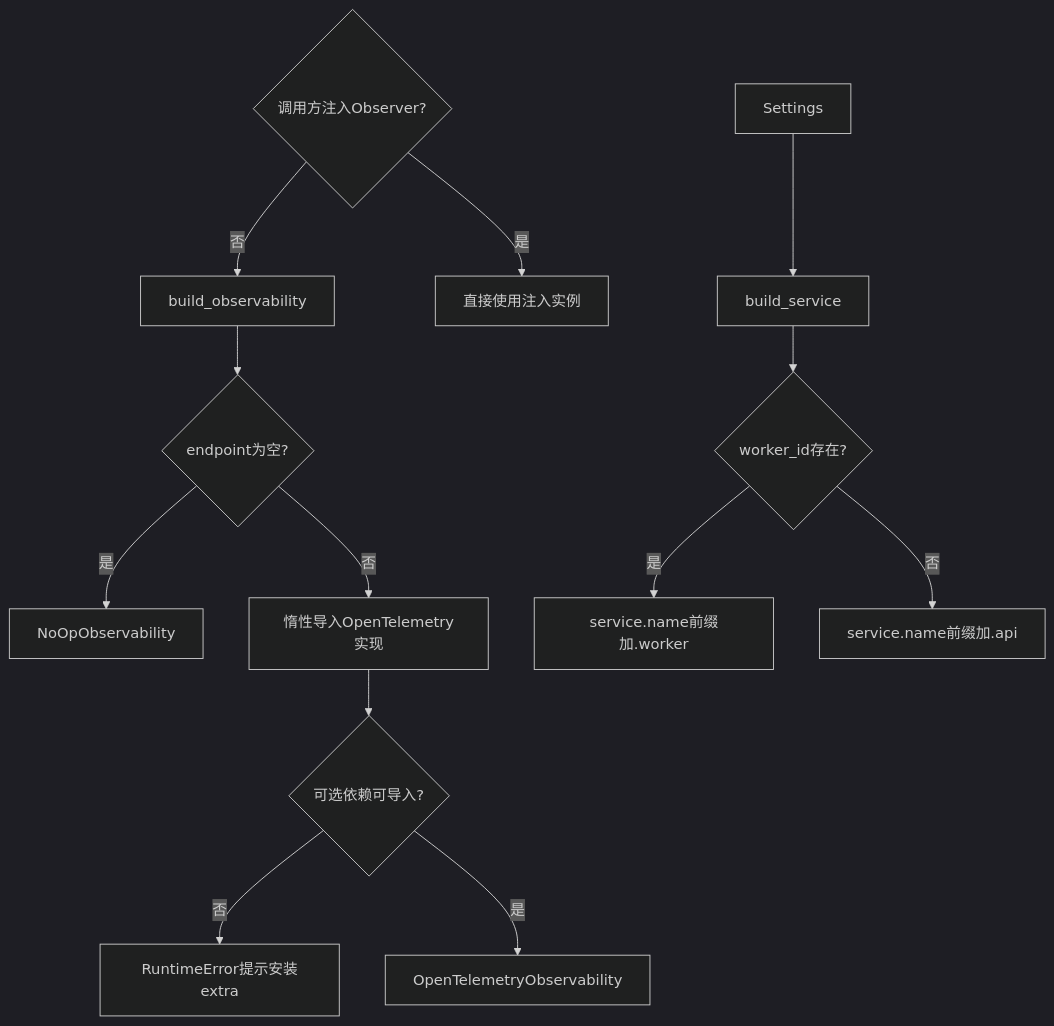
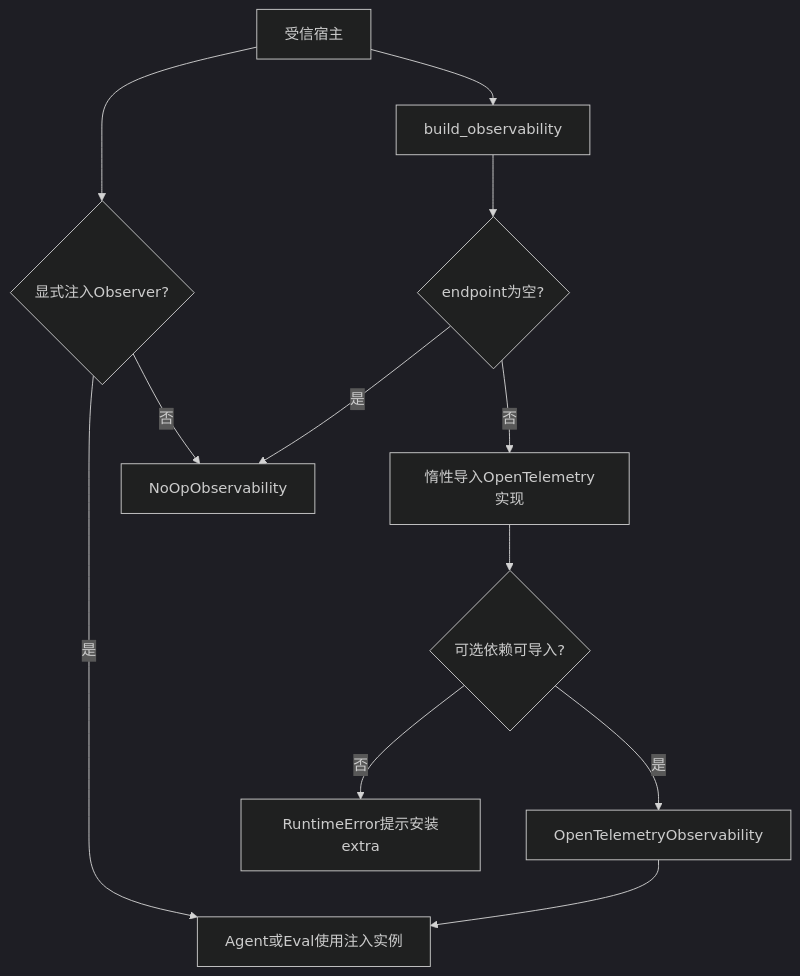
One commit to carrie1988/Harnessix changed diagram 13 of 17 in docs/modules/observability.md. Above: the diagram before and after it, drawn with Mermaid (dark theme). The commit also changed other lines of this file and 121 other files, not shown here.

````diff
--- a/docs/modules/observability.md
+++ b/docs/modules/observability.md
@@ -732,15 +709,14 @@
 ```mermaid
 flowchart TD
-    S[Settings] --> B[build_service]
-    I{调用方注入Observer?} -- 是 --> U[直接使用注入实例]
-    I -- 否 --> F[build_observability]
+    H[受信宿主] --> I{显式注入Observer?}
+    I -- 是 --> U[Agent或Eval使用注入实例]
+    I -- 否 --> N[NoOpObservability]
+    H --> F[build_observability]
     F --> E{endpoint为空?}
-    E -- 是 --> N[NoOpObservability]
+    E -- 是 --> N
     E -- 否 --> L[惰性导入OpenTelemetry实现]
     L --> D{可选依赖可导入?}
     D -- 否 --> R[RuntimeError提示安装extra]
     D -- 是 --> O[OpenTelemetryObservability]
-    B --> C{worker_id存在?}
-    C -- 是 --> W[service.name前缀加.worker]
-    C -- 否 --> A[service.name前缀加.api]
+    O --> U
 ```
````
